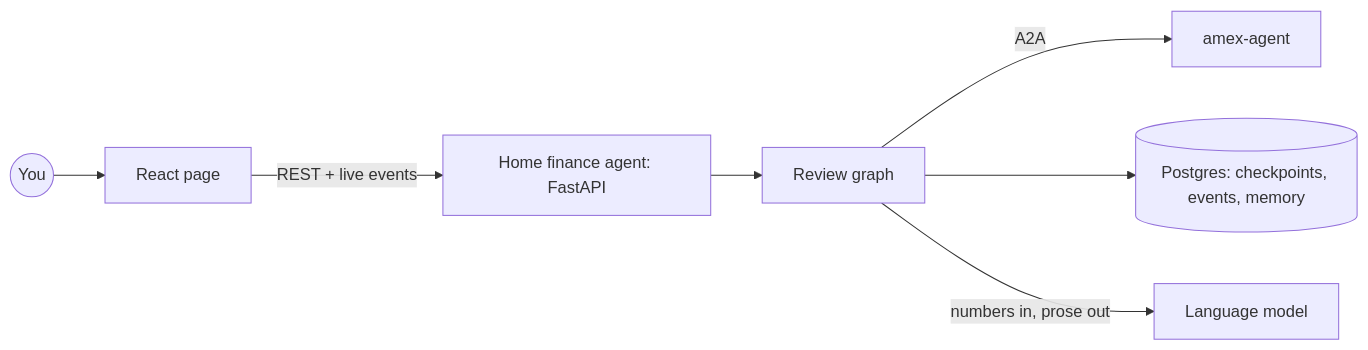
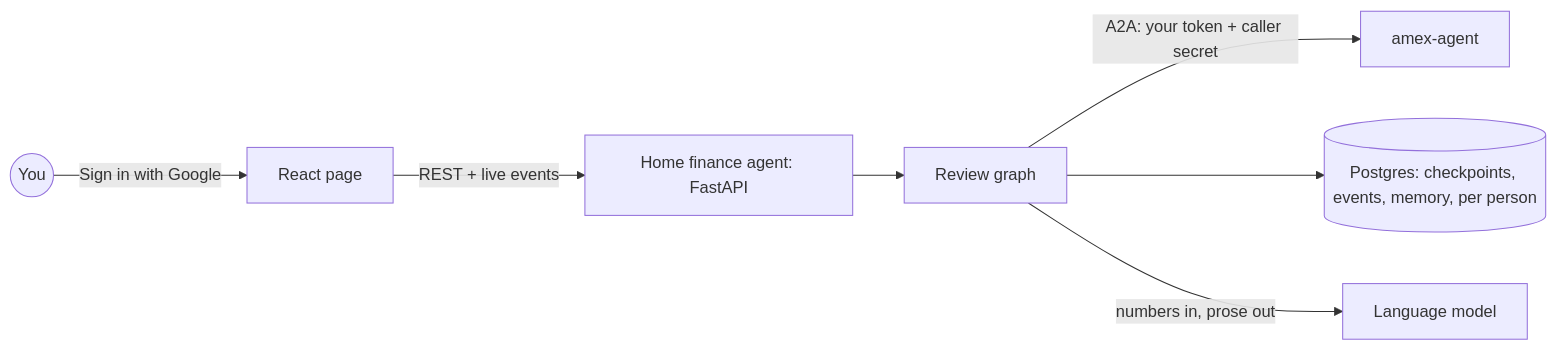
The diagram in README.md (erancha/home-finance-agent), drawn with Mermaid before and after one commit. The commit also changed other lines of this file and 91 other files, not shown here.

````diff
--- a/README.md
+++ b/README.md
@@ -96,9 +127,9 @@
 ```mermaid
 flowchart LR
-  U((You)) --> P[React page]
+  U((You)) -->|Sign in with Google| P[React page]
   P -->|REST + live events| M[Home finance agent: FastAPI]
   M --> G[Review graph]
-  G -->|A2A| A[amex-agent]
-  G --> DB[(Postgres: checkpoints, events, memory)]
+  G -->|A2A: your token + caller secret| A[amex-agent]
+  G --> DB[(Postgres: checkpoints, events, memory, per person)]
   G -->|numbers in, prose out| L[Language model]
 ```
````
